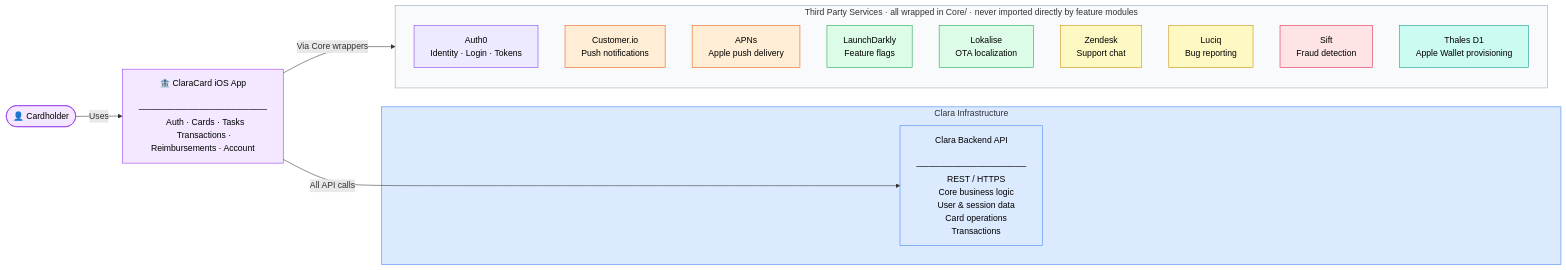
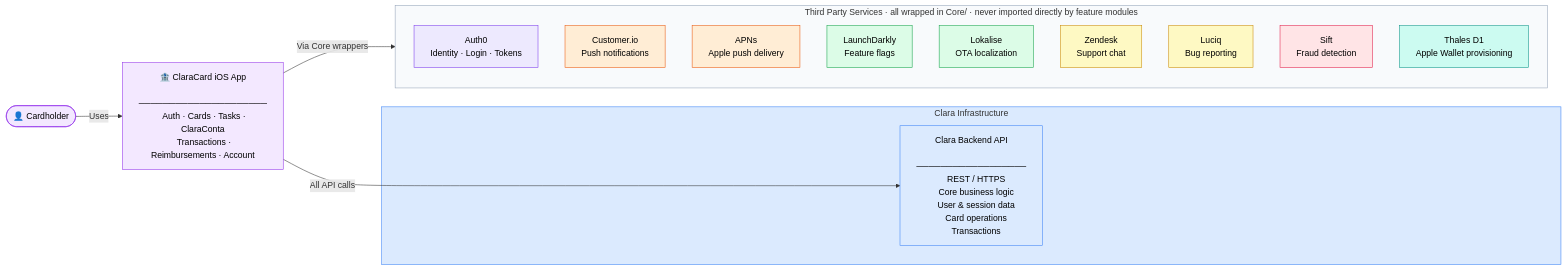
The first of 3 diagrams in architecture/diagrams/c4-system.md (ceciliacastillo2/ios-platform-playbook), drawn with Mermaid before and after one commit. The commit also changed other lines of this file and 12 other files, not shown here.

First line of the commit message:
docs: add ClaraConta, adoption scorecard, and CI target architecture

````diff
--- a/architecture/diagrams/c4-system.md
+++ b/architecture/diagrams/c4-system.md
@@ -7,60 +7,60 @@
 ```mermaid
 graph LR
   USER(["👤 Cardholder"])
 
   APP["🏦 ClaraCard iOS App
   ─────────────────────
-  Auth · Cards · Tasks
+  Auth · Cards · Tasks · ClaraConta
   Transactions · Reimbursements · Account"]
 
   subgraph BACKEND["Clara Infrastructure"]
     API["Clara Backend API
     ──────────────────
     REST / HTTPS
     Core business logic
     User & session data
     Card operations
     Transactions"]
   end
 
   subgraph THIRD_PARTY["Third Party Services · all wrapped in Core/ · never imported directly by feature modules"]
     direction TB
     AUTH0["Auth0
     Identity · Login · Tokens"]
     CIO["Customer.io
     Push notifications"]
     APNS["APNs
     Apple push delivery"]
     LD["LaunchDarkly
     Feature flags"]
     LOK["Lokalise
     OTA localization"]
     ZD["Zendesk
     Support chat"]
     LCQ["Luciq
     Bug reporting"]
     SIFT["Sift
     Fraud detection"]
     THALES["Thales D1
     Apple Wallet provisioning"]
   end
 
   USER -->|"Uses"| APP
   APP -->|"All API calls"| API
   APP -->|"Via Core wrappers"| THIRD_PARTY
 
   style USER fill:#f3e8ff,stroke:#9333ea,color:#000
   style APP fill:#f3e8ff,stroke:#9333ea,color:#000
   style BACKEND fill:#dbeafe,stroke:#3b82f6
   style API fill:#dbeafe,stroke:#3b82f6,color:#000
   style THIRD_PARTY fill:#f8fafc,stroke:#94a3b8
   style AUTH0 fill:#ede9fe,stroke:#7c3aed,color:#000
   style CIO fill:#ffedd5,stroke:#ea580c,color:#000
   style APNS fill:#ffedd5,stroke:#ea580c,color:#000
   style LD fill:#dcfce7,stroke:#16a34a,color:#000
   style LOK fill:#dcfce7,stroke:#16a34a,color:#000
   style ZD fill:#fef9c3,stroke:#ca8a04,color:#000
   style LCQ fill:#fef9c3,stroke:#ca8a04,color:#000
   style SIFT fill:#ffe4e6,stroke:#e11d48,color:#000
   style THALES fill:#ccfbf1,stroke:#0d9488,color:#000
 ```
````
